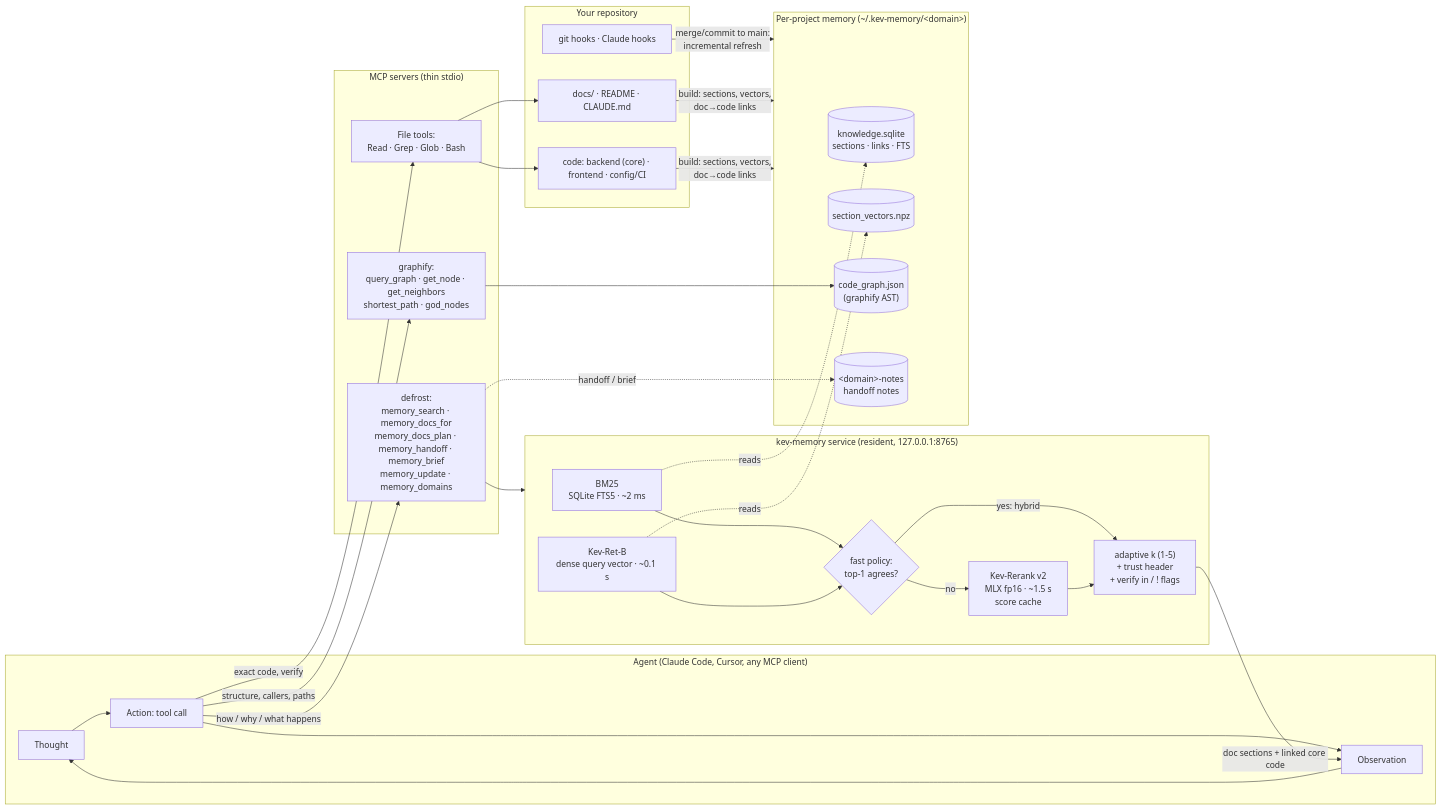
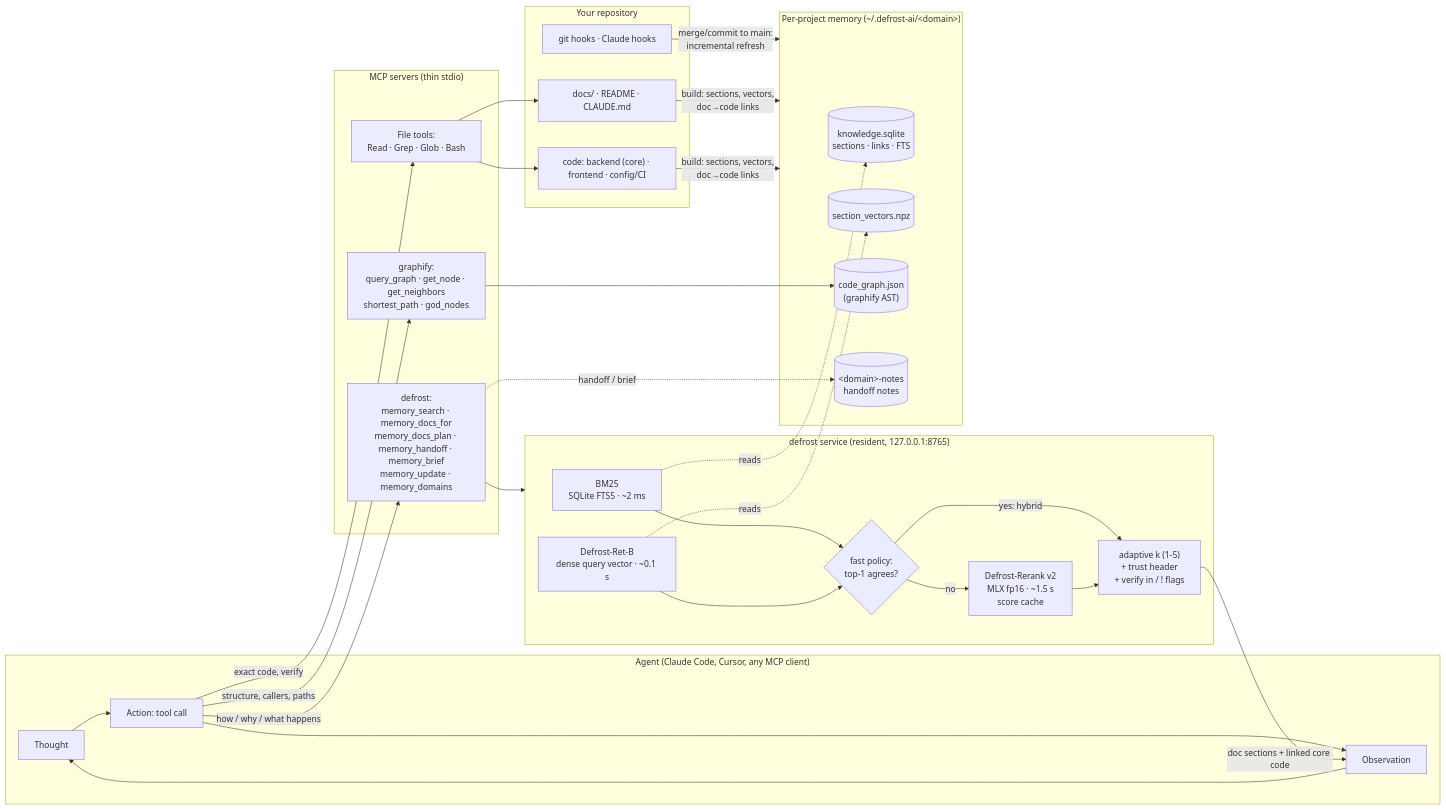
One commit to Signaturi4/defrost-ai changed the first of 2 diagrams in docs/AGENT_LOOP.md. Above: the diagram before and after it, drawn with Mermaid. The commit also changed 206 other files, not shown here.

First line of the commit message:
Rename kev-memory to defrost-ai (BRAND.md), models to Defrost-Ret-B / Defrost-Rerank

````diff
--- a/docs/AGENT_LOOP.md
+++ b/docs/AGENT_LOOP.md
@@ -12,52 +12,52 @@
 ```mermaid
 flowchart LR
     subgraph Agent["Agent (Claude Code, Cursor, any MCP client)"]
         T[Thought] --> A[Action: tool call]
         A --> O[Observation]
         O --> T
     end
 
     subgraph MCP["MCP servers (thin stdio)"]
         M1["defrost:<br/>memory_search · memory_docs_for<br/>memory_docs_plan · memory_handoff · memory_brief<br/>memory_update · memory_domains"]
         M2["graphify:<br/>query_graph · get_node · get_neighbors<br/>shortest_path · god_nodes"]
         F["File tools:<br/>Read · Grep · Glob · Bash"]
     end
 
-    subgraph Service["kev-memory service (resident, 127.0.0.1:8765)"]
+    subgraph Service["defrost service (resident, 127.0.0.1:8765)"]
         S1["BM25<br/>SQLite FTS5 · ~2 ms"]
-        S2["Kev-Ret-B<br/>dense query vector · ~0.1 s"]
+        S2["Defrost-Ret-B<br/>dense query vector · ~0.1 s"]
         P{"fast policy:<br/>top-1 agrees?"}
-        S3["Kev-Rerank v2<br/>MLX fp16 · ~1.5 s<br/>score cache"]
+        S3["Defrost-Rerank v2<br/>MLX fp16 · ~1.5 s<br/>score cache"]
         K["adaptive k (1-5)<br/>+ trust header<br/>+ verify in / ! flags"]
         S1 --> P
         S2 --> P
         P -- "yes: hybrid" --> K
         P -- "no" --> S3 --> K
     end
 
-    subgraph Store["Per-project memory (~/.kev-memory/&lt;domain&gt;)"]
+    subgraph Store["Per-project memory (~/.defrost-ai/&lt;domain&gt;)"]
         D1[("knowledge.sqlite<br/>sections · links · FTS")]
         D2[("section_vectors.npz")]
         D3[("code_graph.json<br/>(graphify AST)")]
         D4[("&lt;domain&gt;-notes<br/>handoff notes")]
     end
 
     subgraph Repo["Your repository"]
         R1["docs/ · README · CLAUDE.md"]
         R2["code: backend (core) · frontend · config/CI"]
         R3["git hooks · Claude hooks"]
     end
 
     A -->|how / why / what happens| M1
     A -->|structure, callers, paths| M2
     A -->|exact code, verify| F
     M1 --> Service
     S1 -. reads .-> D1
     S2 -. reads .-> D2
     K -->|"doc sections + linked core code"| O
     M2 --> D3
     F --> R1 & R2
     R3 -->|"merge/commit to main:<br/>incremental refresh"| Store
     R1 & R2 -->|"build: sections, vectors,<br/>doc→code links"| Store
     M1 -.->|handoff / brief| D4
 ```
````
